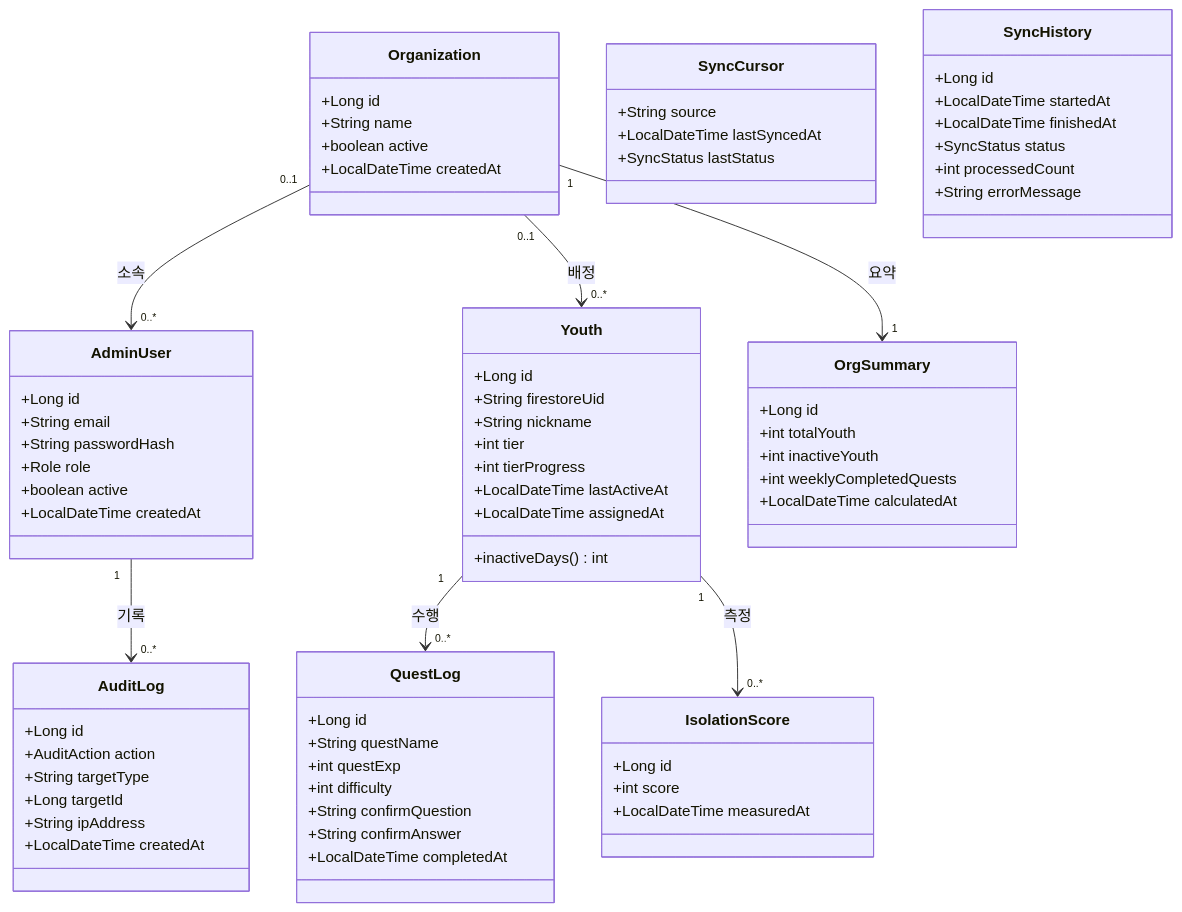
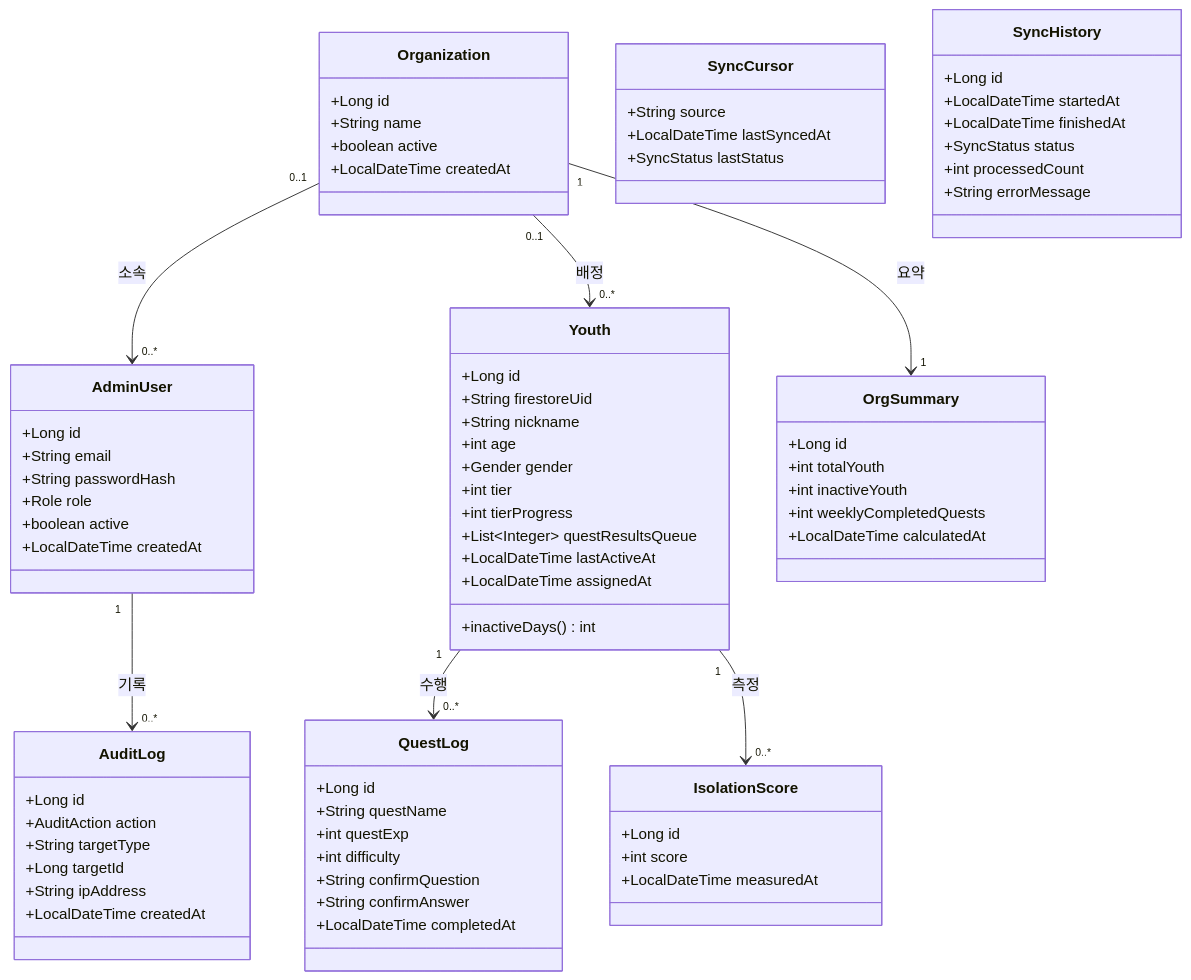
Before and after one commit to jeehwanhee/one-step-admin: the first of 3 diagrams in docs/domain.md, drawn with Mermaid. The commit also changed other lines of this file, not shown here.

```diff
--- a/docs/domain.md
+++ b/docs/domain.md
@@ -24,8 +24,11 @@
         +Long id
         +String firestoreUid
         +String nickname
+        +int age
+        +Gender gender
         +int tier
         +int tierProgress
+        +List~Integer~ questResultsQueue
         +LocalDateTime lastActiveAt
         +LocalDateTime assignedAt
         +inactiveDays() int
```
